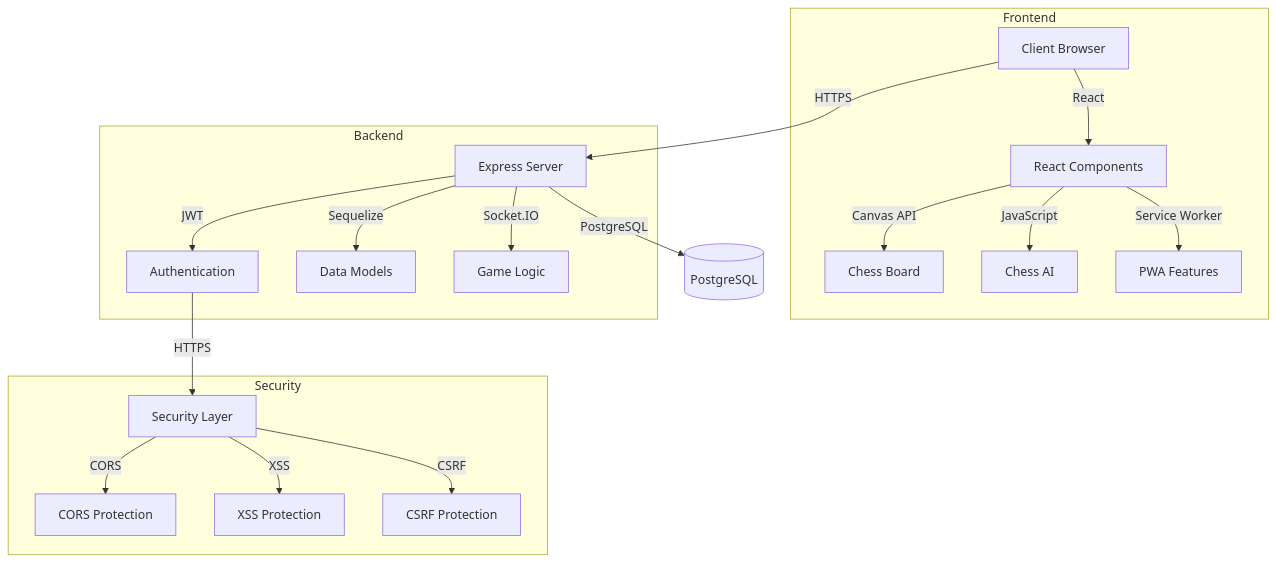
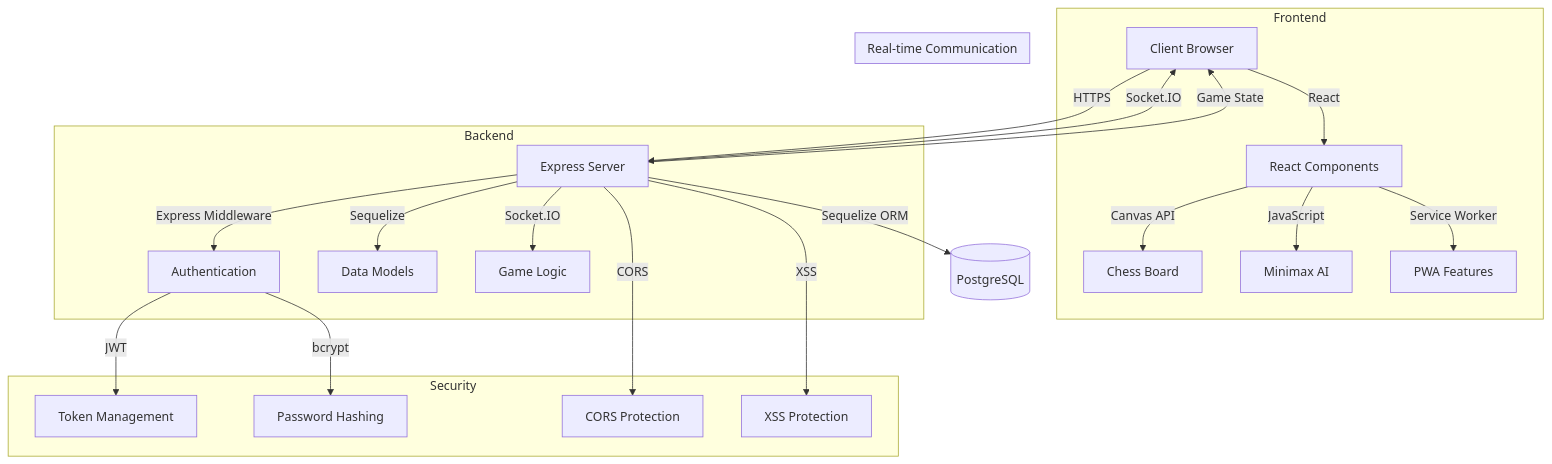
Before and after one commit to Prof-Rosario-UCLA/team29: the diagram in ARCHITECTURE.md, drawn with Mermaid. The commit also changed other lines of this file, not shown here.

Commit message:
Final final commit as a UCLA undergrad :')

````diff
--- a/ARCHITECTURE.md
+++ b/ARCHITECTURE.md
@@ -5,25 +5,30 @@
 ```mermaid
 graph TD
     Client[Client Browser] --> |HTTPS| Server[Express Server]
-    Server --> |PostgreSQL| Database[(PostgreSQL)]
+    Server --> |Sequelize ORM| Database[(PostgreSQL)]
     
     subgraph Frontend
         Client --> |React| UI[React Components]
         UI --> |Canvas API| Board[Chess Board]
-        UI --> |JavaScript| AI[Chess AI]
+        UI --> |JavaScript| AI[Minimax AI]
         UI --> |Service Worker| PWA[PWA Features]
     end
     
     subgraph Backend
-        Server --> |JWT| Auth[Authentication]
+        Server --> |Express Middleware| Auth[Authentication]
         Server --> |Sequelize| Models[Data Models]
         Server --> |Socket.IO| Game[Game Logic]
     end
     
+    subgraph Real-time Communication
+        Client <--> |Socket.IO| Server
+        Server --> |Game State| Client
+    end
+    
     subgraph Security
-        Auth --> |HTTPS| Secure[Security Layer]
-        Secure --> |CORS| CORS[CORS Protection]
-        Secure --> |XSS| XSS[XSS Protection]
-        Secure --> |CSRF| CSRF[CSRF Protection]
+        Auth --> |JWT| Token[Token Management]
+        Auth --> |bcrypt| Hash[Password Hashing]
+        Server --> |CORS| CORS[CORS Protection]
+        Server --> |XSS| XSS[XSS Protection]
     end
 ```
````
